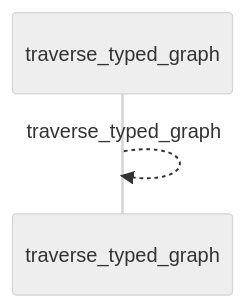
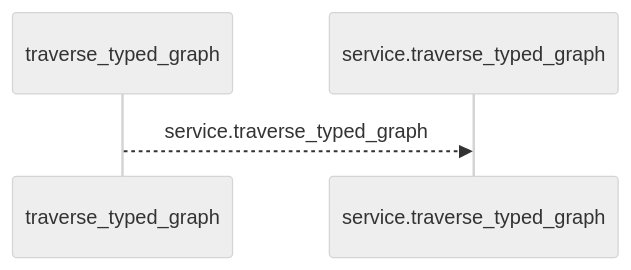
Before and after one commit to Denissvgn/python-wiki-llm: the first of 2 diagrams in docs/llm_wiki/flows/mcp-traverse_typed_graph.md, drawn with Mermaid (neutral theme). The commit also changed other lines of this file and 719 other files, not shown here.

````diff
--- a/docs/llm_wiki/flows/mcp-traverse_typed_graph.md
+++ b/docs/llm_wiki/flows/mcp-traverse_typed_graph.md
@@ -10,5 +10,6 @@
 ```mermaid
 sequenceDiagram
     participant p0 as traverse_typed_graph
-    p0-->>p0: traverse_typed_graph
+    participant p1 as service.traverse_typed_graph
+    p0-->>p1: service.traverse_typed_graph
 ```
````
